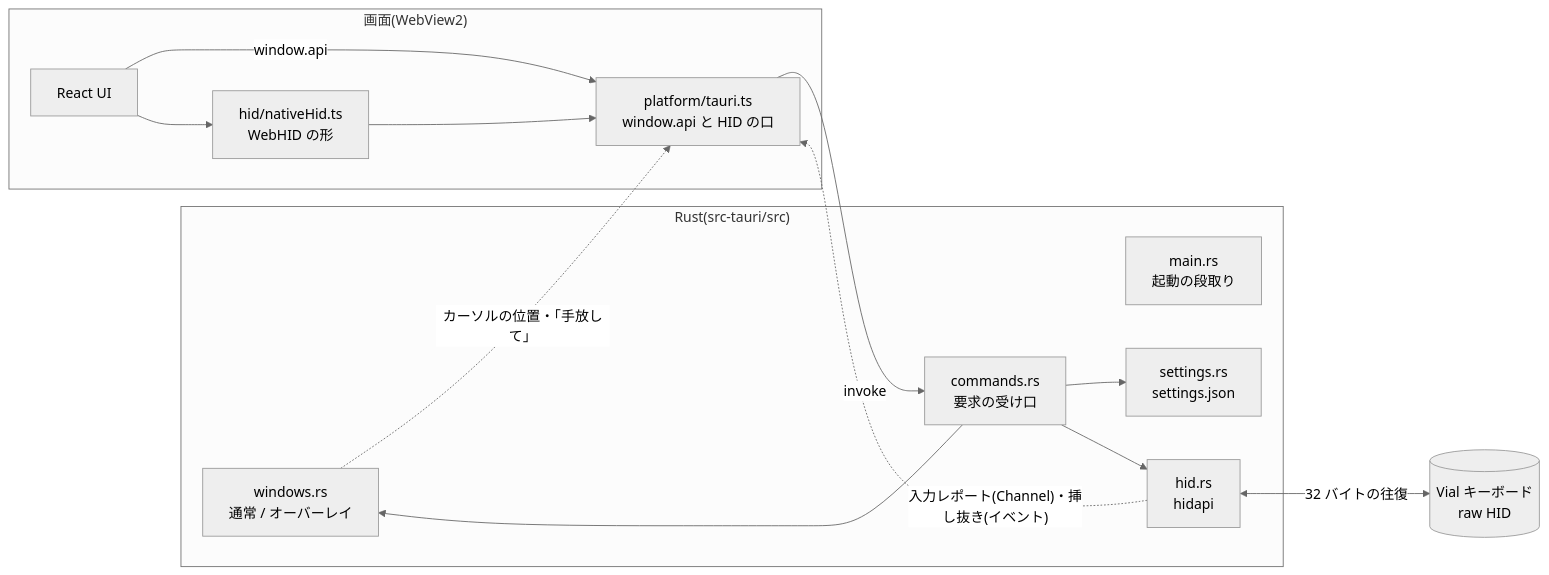
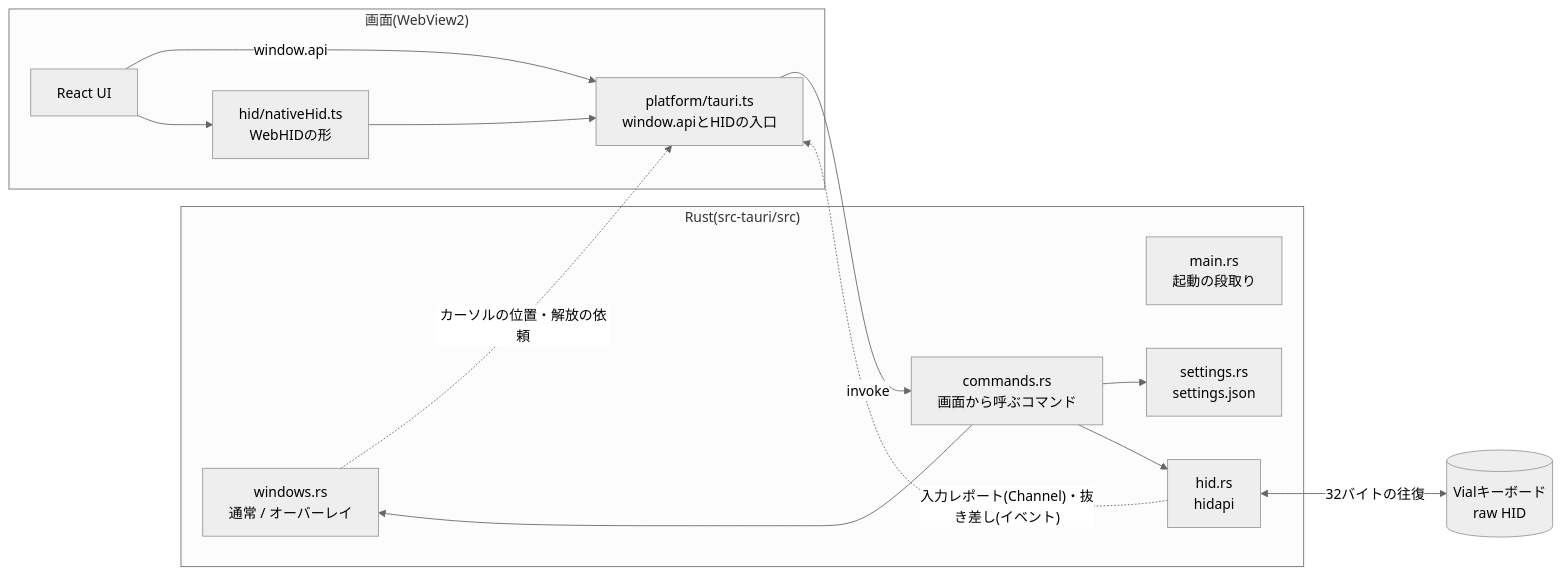
The first of 4 diagrams in docs/ARCHITECTURE.md (masacchi/live-keymap-viewer), drawn with Mermaid (neutral theme) before and after one commit. The commit also changed other lines of this file and 8 other files, not shown here.

````diff
--- a/docs/ARCHITECTURE.md
+++ b/docs/ARCHITECTURE.md
@@ -22,23 +22,23 @@
 ```mermaid
 flowchart LR
   subgraph rust["Rust(src-tauri/src)"]
     main[main.rs<br/>起動の段取り]
     win[windows.rs<br/>通常 / オーバーレイ]
     hid[hid.rs<br/>hidapi]
-    cmd[commands.rs<br/>要求の受け口]
+    cmd[commands.rs<br/>画面から呼ぶコマンド]
     set[settings.rs<br/>settings.json]
   end
   subgraph webview["画面(WebView2)"]
-    plat[platform/tauri.ts<br/>window.api と HID の口]
+    plat[platform/tauri.ts<br/>window.apiとHIDの入口]
     ui[React UI]
-    native[hid/nativeHid.ts<br/>WebHID の形]
+    native[hid/nativeHid.ts<br/>WebHIDの形]
   end
-  kb[(Vial キーボード<br/>raw HID)]
+  kb[(Vialキーボード<br/>raw HID)]
 
   ui -- window.api --> plat -- invoke --> cmd
   cmd --> win & set & hid
   ui --> native --> plat
-  hid <-- 32 バイトの往復 --> kb
-  hid -. 入力レポート(Channel)・挿し抜き(イベント) .-> plat
-  win -. カーソルの位置・「手放して」 .-> plat
+  hid <-- 32バイトの往復 --> kb
+  hid -. 入力レポート(Channel)・抜き差し(イベント) .-> plat
+  win -. カーソルの位置・解放の依頼 .-> plat
 ```
````
